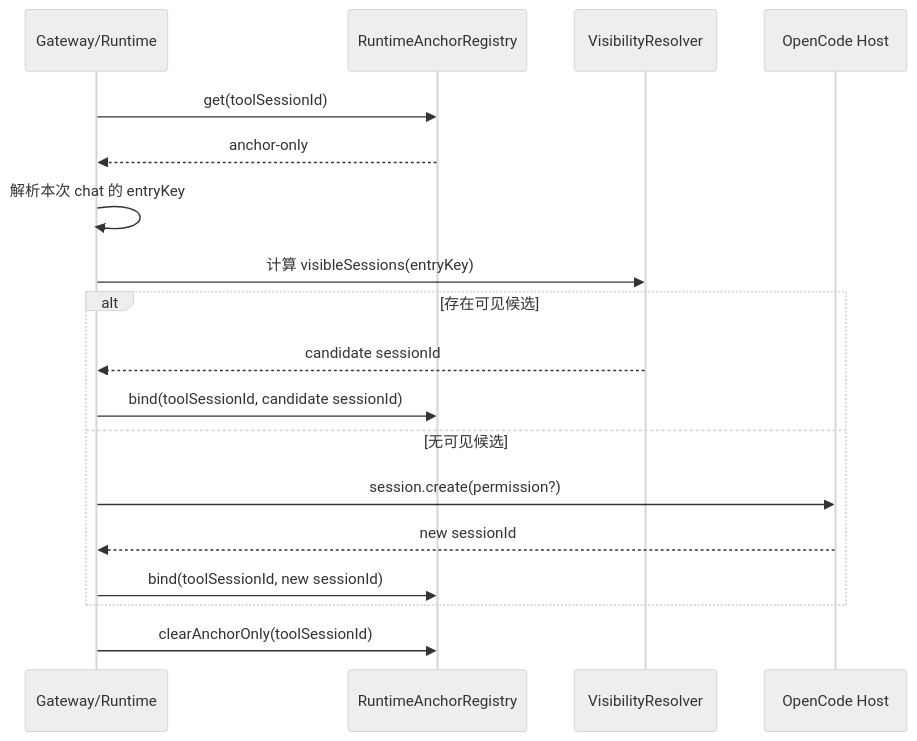
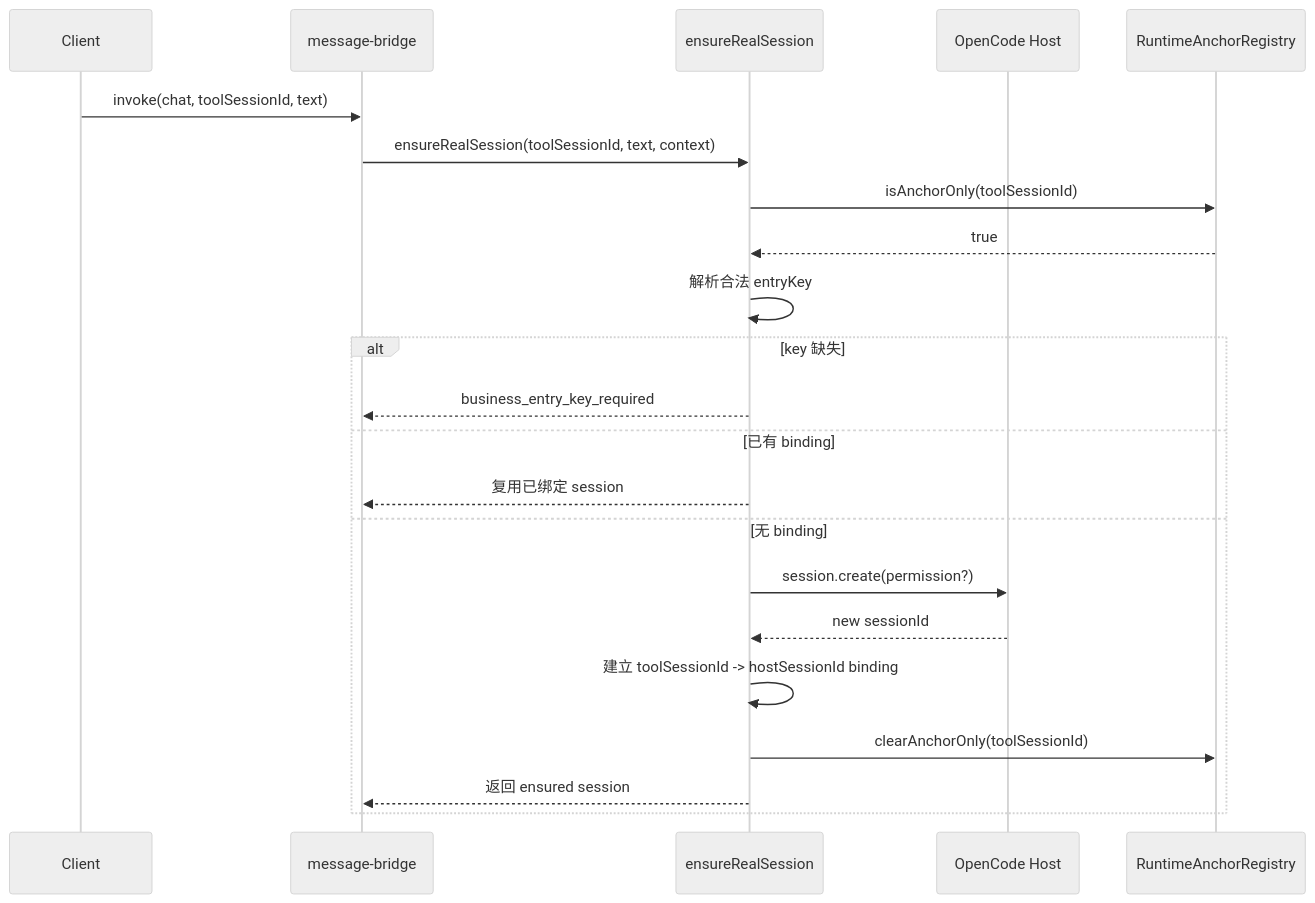
Before and after one commit to yuzhangCZ/agent-plugin: the eighth of 21 diagrams in docs/design/message-bridge-opencode-session-isolation-solution.md, drawn with Mermaid (neutral theme). The commit also changed other lines of this file and 12 other files, not shown here.

Commit message:
fix: 修正 message-bridge session isolation ensure 语义

````diff
--- a/docs/design/message-bridge-opencode-session-isolation-solution.md
+++ b/docs/design/message-bridge-opencode-session-isolation-solution.md
@@ -773,21 +788,25 @@
 ```mermaid
 sequenceDiagram
-  participant Gateway as Gateway/Runtime
+  participant Client
+  participant Bridge as message-bridge
+  participant Ensure as ensureRealSession
+  participant Host as OpenCode Host
   participant Anchor as RuntimeAnchorRegistry
-  participant Visible as VisibilityResolver
-  participant Host as OpenCode Host
 
-  Gateway->>Anchor: get(toolSessionId)
-  Anchor-->>Gateway: anchor-only
-  Gateway->>Gateway: 解析本次 chat 的 entryKey
-  Gateway->>Visible: 计算 visibleSessions(entryKey)
-  alt 存在可见候选
-    Visible-->>Gateway: candidate sessionId
-    Gateway->>Anchor: bind(toolSessionId, candidate sessionId)
-  else 无可见候选
-    Gateway->>Host: session.create(permission?)
-    Host-->>Gateway: new sessionId
-    Gateway->>Anchor: bind(toolSessionId, new sessionId)
+  Client->>Bridge: invoke(chat, toolSessionId, text)
+  Bridge->>Ensure: ensureRealSession(toolSessionId, text, context)
+  Ensure->>Anchor: isAnchorOnly(toolSessionId)
+  Anchor-->>Ensure: true
+  Ensure->>Ensure: 解析合法 entryKey
+  alt key 缺失
+    Ensure-->>Bridge: business_entry_key_required
+  else 已有 binding
+    Ensure-->>Bridge: 复用已绑定 session
+  else 无 binding
+    Ensure->>Host: session.create(permission?)
+    Host-->>Ensure: new sessionId
+    Ensure->>Ensure: 建立 toolSessionId -> hostSessionId binding
+    Ensure->>Anchor: clearAnchorOnly(toolSessionId)
+    Ensure-->>Bridge: 返回 ensured session
   end
-  Gateway->>Anchor: clearAnchorOnly(toolSessionId)
 ```
````
